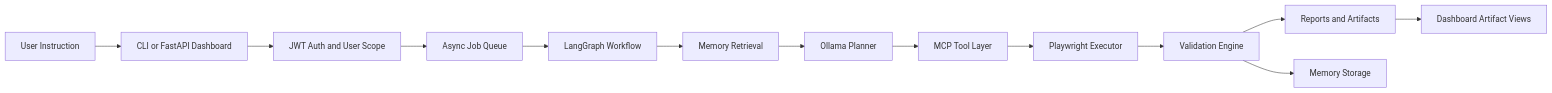
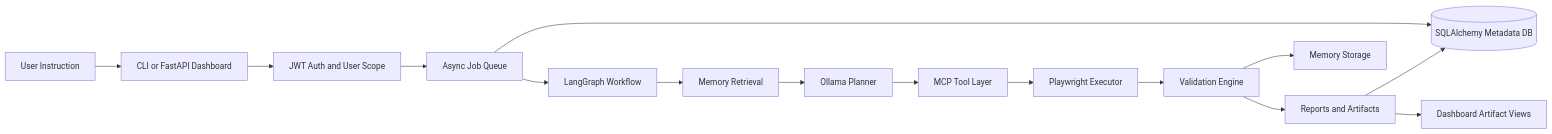
The diagram in README.md (nexusBL/SentinelAI), drawn with Mermaid before and after one commit. The commit also changed other lines of this file and 34 other files, not shown here.

````diff
--- a/README.md
+++ b/README.md
@@ -34,15 +34,17 @@
 ```mermaid
 flowchart LR
     U[User Instruction] --> UI[CLI or FastAPI Dashboard]
     UI --> AUTH[JWT Auth and User Scope]
     AUTH --> J[Async Job Queue]
+    J --> DB[(SQLAlchemy Metadata DB)]
     J --> G[LangGraph Workflow]
     G --> MR[Memory Retrieval]
     MR --> P[Ollama Planner]
     P --> MCP[MCP Tool Layer]
     MCP --> E[Playwright Executor]
     E --> V[Validation Engine]
     V --> R[Reports and Artifacts]
+    R --> DB
     V --> MW[Memory Storage]
     R --> D[Dashboard Artifact Views]
 ```
````
